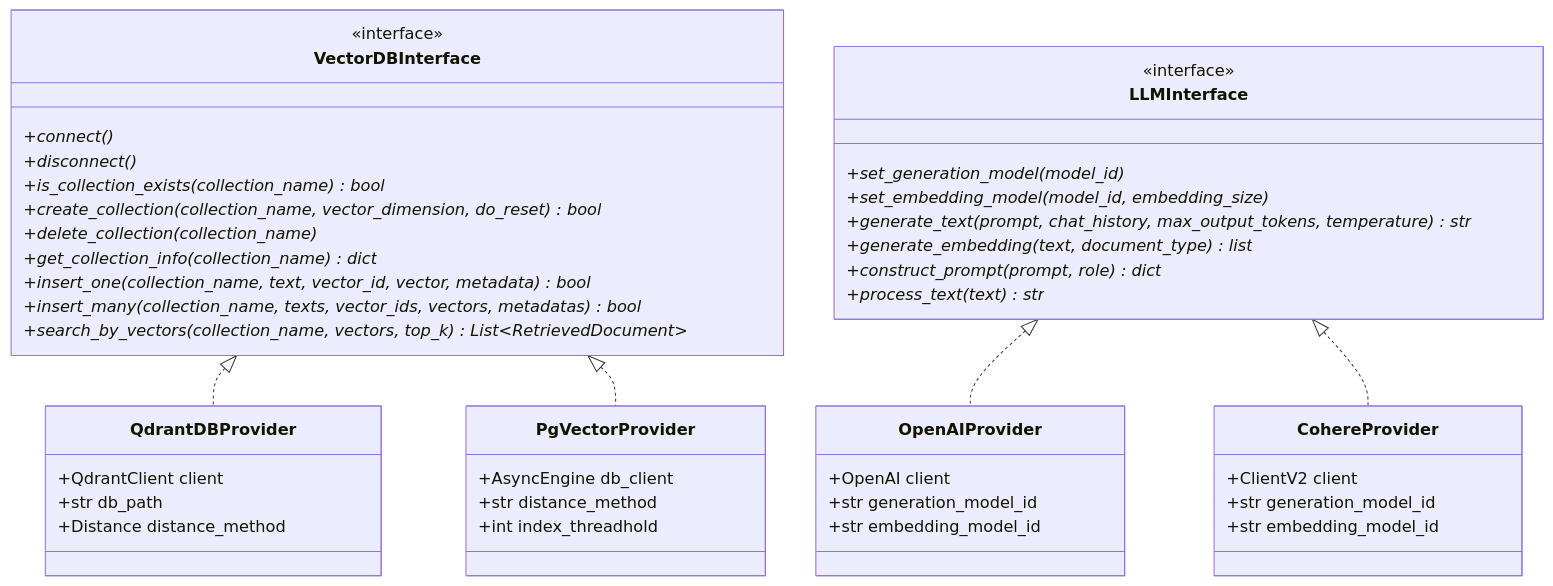
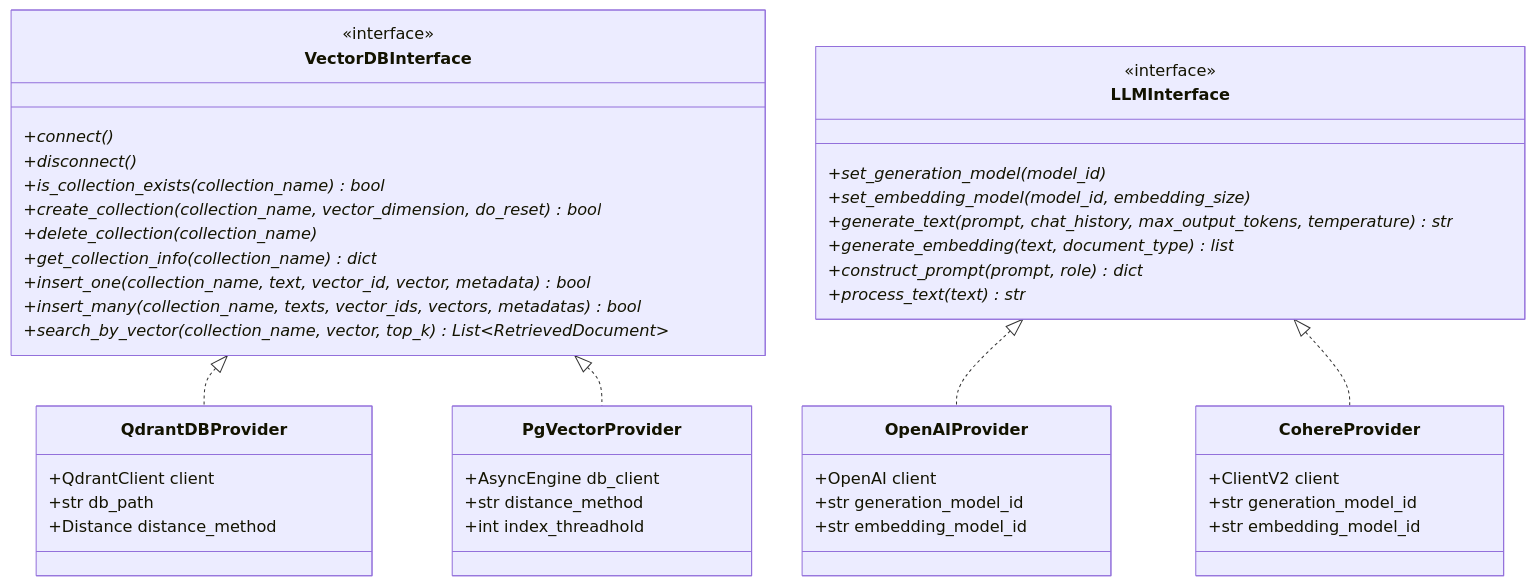
The ninth of 12 diagrams in README.md (ahmedeldamaty20/mini-rag), drawn with Mermaid before and after one commit. The commit also changed other lines of this file and 9 other files, not shown here.

````diff
--- a/README.md
+++ b/README.md
@@ -592,55 +592,55 @@
 ```mermaid
 classDiagram
     class VectorDBInterface {
         <<interface>>
         +connect()*
         +disconnect()*
         +is_collection_exists(collection_name)* bool
         +create_collection(collection_name, vector_dimension, do_reset)* bool
         +delete_collection(collection_name)*
         +get_collection_info(collection_name)* dict
         +insert_one(collection_name, text, vector_id, vector, metadata)* bool
         +insert_many(collection_name, texts, vector_ids, vectors, metadatas)* bool
-        +search_by_vectors(collection_name, vectors, top_k)* List~RetrievedDocument~
+        +search_by_vector(collection_name, vector, top_k)* List~RetrievedDocument~
     }
 
     class QdrantDBProvider {
         +QdrantClient client
         +str db_path
         +Distance distance_method
     }
 
     class PgVectorProvider {
         +AsyncEngine db_client
         +str distance_method
         +int index_threadhold
     }
 
     VectorDBInterface <|.. QdrantDBProvider
     VectorDBInterface <|.. PgVectorProvider
 
     class LLMInterface {
         <<interface>>
         +set_generation_model(model_id)*
         +set_embedding_model(model_id, embedding_size)*
         +generate_text(prompt, chat_history, max_output_tokens, temperature)* str
         +generate_embedding(text, document_type)* list
         +construct_prompt(prompt, role)* dict
         +process_text(text)* str
     }
 
     class OpenAIProvider {
         +OpenAI client
         +str generation_model_id
         +str embedding_model_id
     }
 
     class CohereProvider {
         +ClientV2 client
         +str generation_model_id
         +str embedding_model_id
     }
 
     LLMInterface <|.. OpenAIProvider
     LLMInterface <|.. CohereProvider
 ```
````
